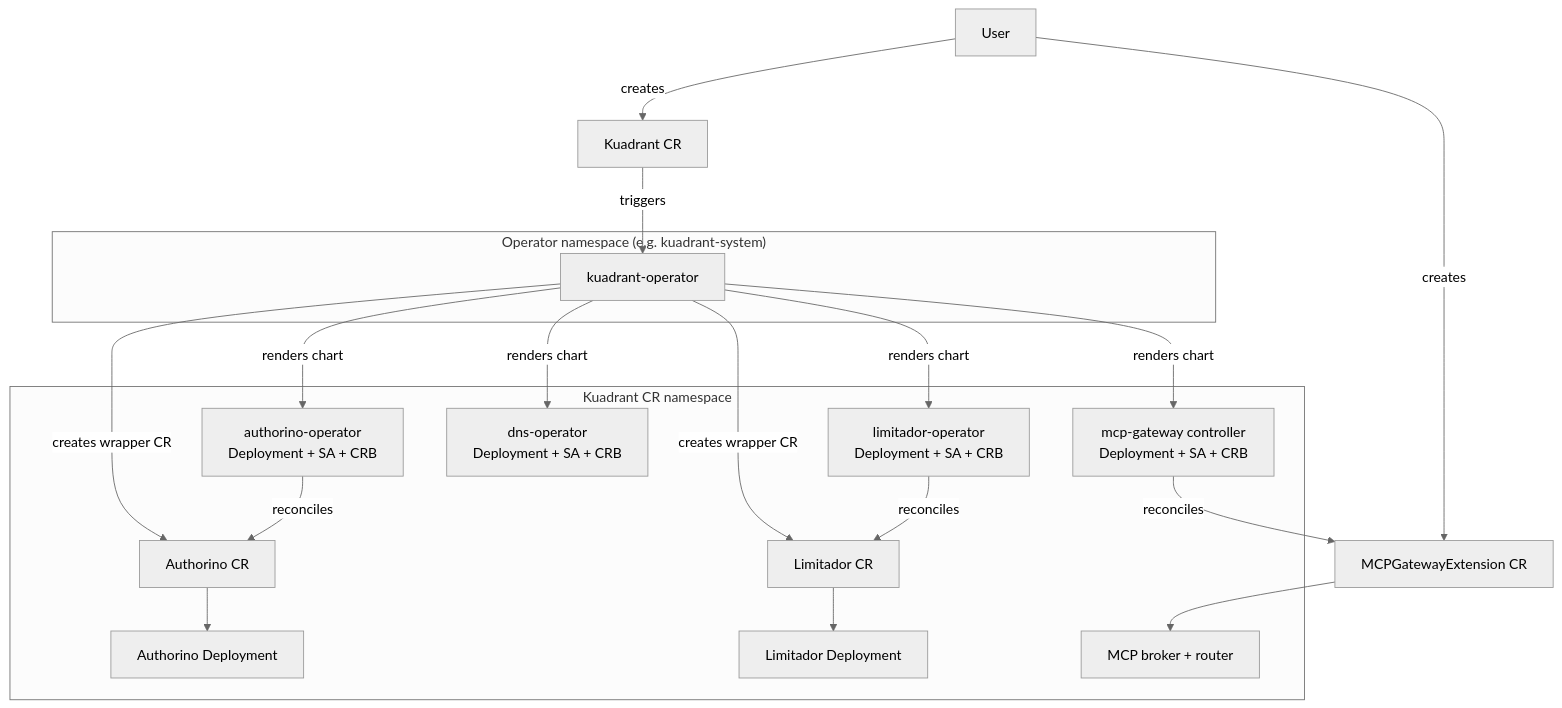
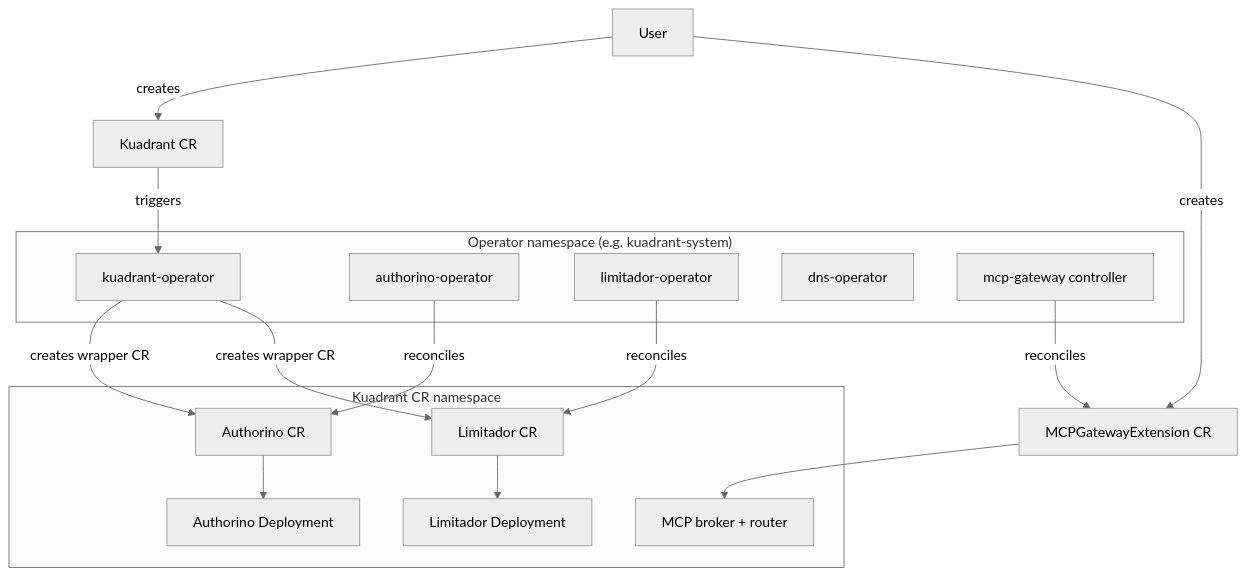
One commit to Kuadrant/architecture changed the fourth of 6 diagrams in rfcs/0019-olmv1-operator-consolidation/architecture-diagrams.md. Above: the diagram before and after it, drawn with Mermaid (neutral theme). The commit also changed other lines of this file and 1 other file, not shown here.

First line of the commit message:
docs: rewrite RFC for runtime chart rendering approach

````diff
--- a/rfcs/0019-olmv1-operator-consolidation/architecture-diagrams.md
+++ b/rfcs/0019-olmv1-operator-consolidation/architecture-diagrams.md
@@ -100,38 +97,34 @@
 ```mermaid
 graph TB
     USER["User"] -->|"creates"| KCR["Kuadrant CR"]
     USER -->|"creates"| MGCR["MCPGatewayExtension CR"]
 
     subgraph operator-ns["Operator namespace (e.g. kuadrant-system)"]
         KOP["kuadrant-operator"]
+        AO["authorino-operator"]
+        LO["limitador-operator"]
+        DO["dns-operator"]
+        MG["mcp-gateway controller"]
     end
 
     KCR -->|"triggers"| KOP
 
-    subgraph kuadrant-ns["Kuadrant CR namespace"]
-        AO["authorino-operator<br/>Deployment + SA + CRB"]
-        LO["limitador-operator<br/>Deployment + SA + CRB"]
-        DO["dns-operator<br/>Deployment + SA + CRB"]
-        MG["mcp-gateway controller<br/>Deployment + SA + CRB"]
+    subgraph kuadrant-cr-ns["Kuadrant CR namespace"]
         ACR["Authorino CR"]
         LCR["Limitador CR"]
         AW["Authorino Deployment"]
         LW["Limitador Deployment"]
         MGW["MCP broker + router"]
     end
 
-    KOP -->|"renders chart"| AO
-    KOP -->|"renders chart"| LO
-    KOP -->|"renders chart"| DO
-    KOP -->|"renders chart"| MG
     KOP -->|"creates wrapper CR"| ACR
     KOP -->|"creates wrapper CR"| LCR
 
     AO -->|"reconciles"| ACR
     LO -->|"reconciles"| LCR
     MG -->|"reconciles"| MGCR
 
     ACR --> AW
     LCR --> LW
     MGCR --> MGW
 ```
````
